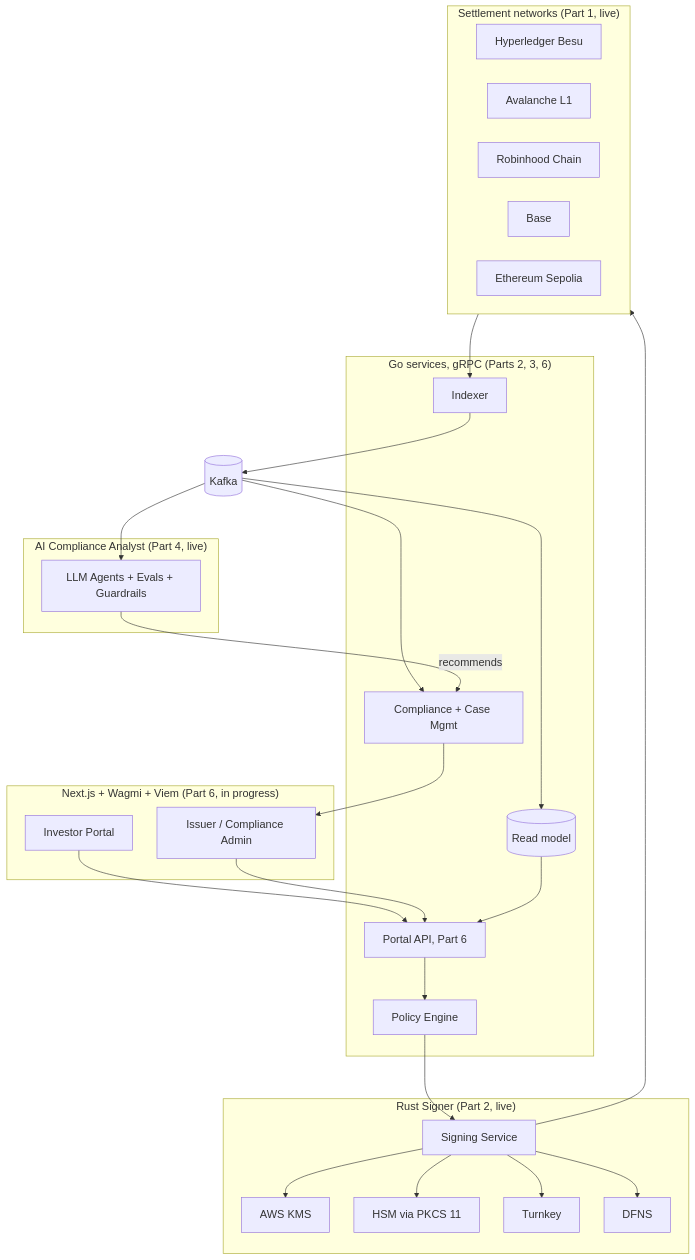
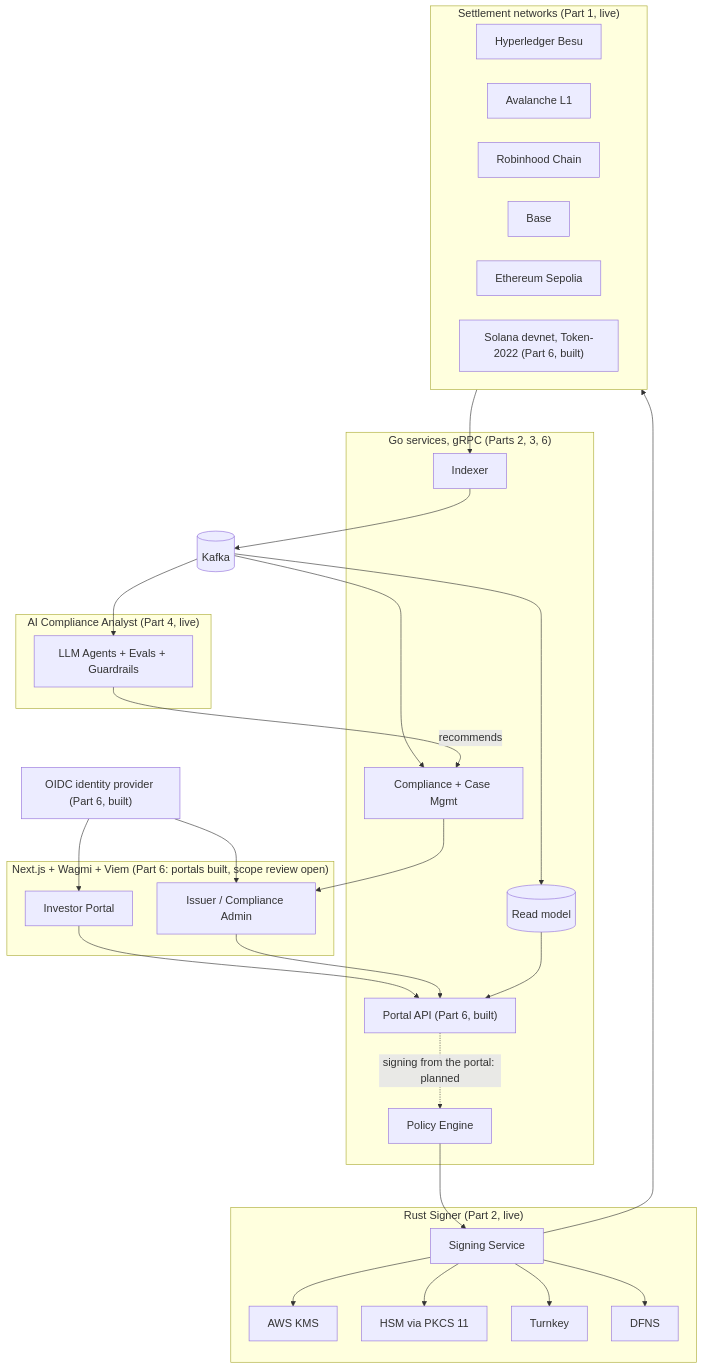
Before and after one commit to colemanwhaylon/meridian-vault-showcase: the diagram in README.md, drawn with Mermaid. The commit also changed other lines of this file, not shown here.

Commit message:
Architecture: Part 6 status, Solana and OIDC in the diagram, planned signing path dashed; add component legend and data flows

````diff
--- a/README.md
+++ b/README.md
@@ -95,48 +97,53 @@
 ```mermaid
 %%{init: {"theme": "default", "themeVariables": {"fontSize": "18px"}, "flowchart": {"nodeSpacing": 40, "rankSpacing": 70}}}%%
 flowchart TB
-  subgraph Frontend["Next.js + Wagmi + Viem (Part 6, in progress)"]
+  IDP["OIDC identity provider (Part 6, built)"]
+  subgraph Frontend["Next.js + Wagmi + Viem (Part 6: portals built, scope review open)"]
     I[Investor Portal]
     A[Issuer / Compliance Admin]
   end
   subgraph Services["Go services, gRPC (Parts 2, 3, 6)"]
-    API["Portal API, Part 6"]
+    API["Portal API (Part 6, built)"]
     RM[(Read model)]
     POL[Policy Engine]
     CMP[Compliance + Case Mgmt]
     IDX[Indexer]
   end
   subgraph Custody["Rust Signer (Part 2, live)"]
     SG[Signing Service]
     KMS[AWS KMS]
     HSM["HSM via PKCS 11"]
     TK[Turnkey]
     DF[DFNS]
   end
   subgraph AI["AI Compliance Analyst (Part 4, live)"]
     AG[LLM Agents + Evals + Guardrails]
   end
   K[(Kafka)]
   subgraph Chains["Settlement networks (Part 1, live)"]
     BESU[Hyperledger Besu]
     AVA[Avalanche L1]
     RH[Robinhood Chain]
     BASE[Base]
     SEP[Ethereum Sepolia]
+    SOL["Solana devnet, Token-2022 (Part 6, built)"]
   end
+  IDP --> I
+  IDP --> A
   I --> API
   A --> API
-  API --> POL --> SG
+  API -.->|"signing from the portal: planned"| POL
+  POL --> SG
   SG --> KMS
   SG --> HSM
   SG --> TK
   SG --> DF
   SG --> Chains
   Chains --> IDX --> K
   K --> CMP
   K --> AG
   K --> RM
   RM --> API
   AG -->|recommends| CMP
   CMP --> A
 ```
````
